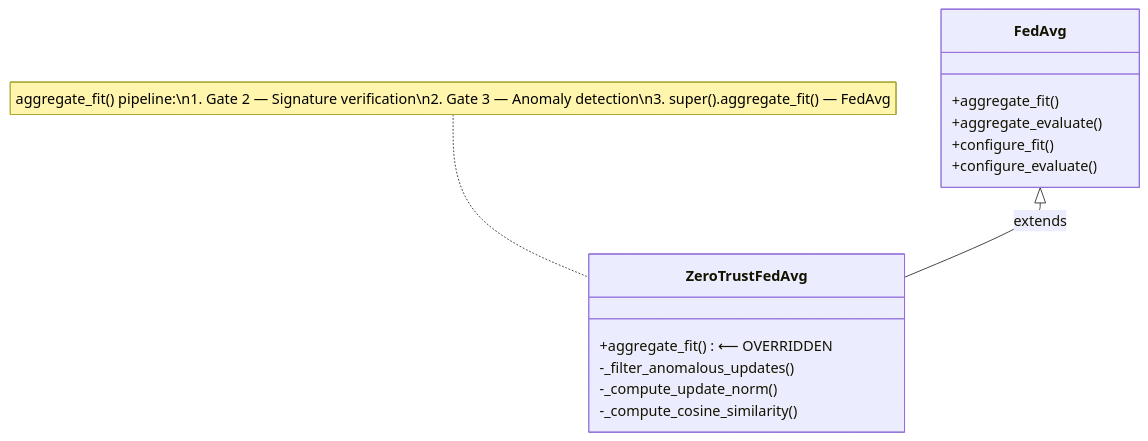
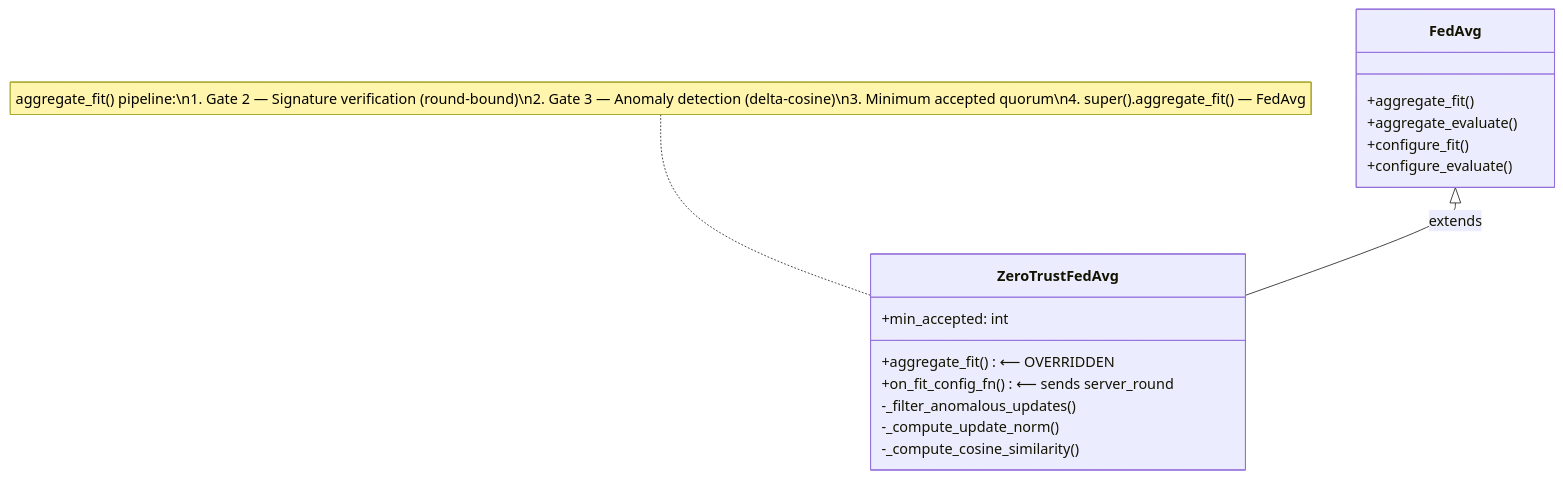
Before and after one commit to Zocke07/ZT-Pipeline: diagram 11 of 11 in ARCHITECTURE.md, drawn with Mermaid. The commit also changed other lines of this file and 17 other files, not shown here.

````diff
--- a/ARCHITECTURE.md
+++ b/ARCHITECTURE.md
@@ -504,18 +784,20 @@
 ```mermaid
 classDiagram
     class FedAvg {
         +aggregate_fit()
         +aggregate_evaluate()
         +configure_fit()
         +configure_evaluate()
     }
     class ZeroTrustFedAvg {
         +aggregate_fit() ⟵ OVERRIDDEN
+        +min_accepted: int
+        +on_fit_config_fn() ⟵ sends server_round
         -_filter_anomalous_updates()
         -_compute_update_norm()
         -_compute_cosine_similarity()
     }
     FedAvg <|-- ZeroTrustFedAvg : extends
 
-    note for ZeroTrustFedAvg "aggregate_fit() pipeline:\n1. Gate 2 — Signature verification\n2. Gate 3 — Anomaly detection\n3. super().aggregate_fit() — FedAvg"
+    note for ZeroTrustFedAvg "aggregate_fit() pipeline:\n1. Gate 2 — Signature verification (round-bound)\n2. Gate 3 — Anomaly detection (delta-cosine)\n3. Minimum accepted quorum\n4. super().aggregate_fit() — FedAvg"
 ```
````
